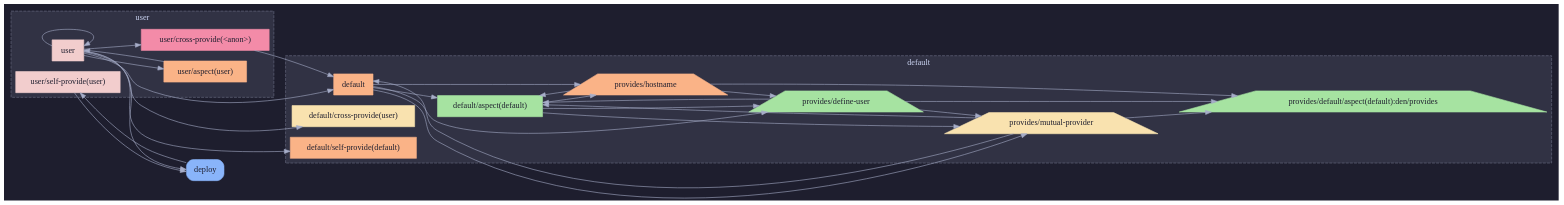
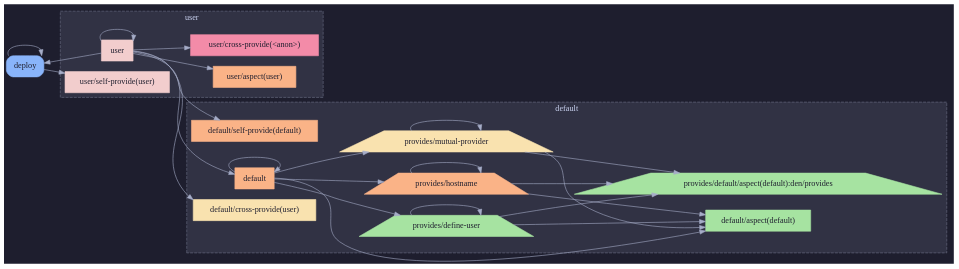
One commit to sini/den changed the second of 3 diagrams in templates/diag-fx-demo/diagrams/mail-relay-deploy-dag.md. Above: the diagram before and after it, drawn with Graphviz. The commit also changed other lines of this file and 849 other files, not shown here.

Commit message:
chore: update fx diagrams

````diff
--- a/templates/diag-fx-demo/diagrams/mail-relay-deploy-dag.md
+++ b/templates/diag-fx-demo/diagrams/mail-relay-deploy-dag.md
@@ -79,65 +75,61 @@
 ```dot
 digraph {
   rankdir=LR;
   bgcolor="#1e1e2e";
   color="#cdd6f4";
   fontcolor="#cdd6f4";
   node [style=filled, fillcolor="#313244", fontcolor="#cdd6f4", color="#a6adc8"];
   edge [color="#a6adc8", fontcolor="#cdd6f4"];
   deploy [label="deploy",shape=box,style="rounded,filled",fillcolor="#89b4fa",color="#89b4fa",fontcolor="#1e1e2e"];
   subgraph cluster_ctx_user {
     label="user";
     style=dashed;
     color="#6c7086";
     fontcolor="#cdd6f4";
     bgcolor="#313244";
   user [label="user",shape=box,style=filled,fillcolor="#f2cdcd",color="#f2cdcd",fontcolor="#1e1e2e"];
   user__aspect_user_ [label="user/aspect(user)",shape=box,style=filled,fillcolor="#fab387",color="#fab387",fontcolor="#1e1e2e"];
   user__cross_provide__anon__ [label="user/cross-provide(<anon>)",shape=box,style=filled,fillcolor="#f38ba8",color="#f38ba8",fontcolor="#1e1e2e"];
   user__self_provide_user_ [label="user/self-provide(user)",shape=box,style=filled,fillcolor="#f2cdcd",color="#f2cdcd",fontcolor="#1e1e2e"];
   }
   subgraph cluster_ctx_default {
     label="default";
     style=dashed;
     color="#6c7086";
     fontcolor="#cdd6f4";
     bgcolor="#313244";
   n_default [label="default",shape=box,style=filled,fillcolor="#fab387",color="#fab387",fontcolor="#1e1e2e"];
   default__aspect_default_ [label="default/aspect(default)",shape=box,style=filled,fillcolor="#a6e3a1",color="#a6e3a1",fontcolor="#1e1e2e"];
   den__provides__default__aspect_default__den__provides [label="provides/default/aspect(default):den/provides",shape=trapezium,style=filled,fillcolor="#a6e3a1",color="#a6e3a1",fontcolor="#1e1e2e"];
   default__cross_provide_user_ [label="default/cross-provide(user)",shape=box,style=filled,fillcolor="#f9e2af",color="#f9e2af",fontcolor="#1e1e2e"];
   default__self_provide_default_ [label="default/self-provide(default)",shape=box,style=filled,fillcolor="#fab387",color="#fab387",fontcolor="#1e1e2e"];
   den__provides__define_user [label="provides/define-user",shape=trapezium,style=filled,fillcolor="#a6e3a1",color="#a6e3a1",fontcolor="#1e1e2e"];
   den__provides__hostname [label="provides/hostname",shape=trapezium,style=filled,fillcolor="#fab387",color="#fab387",fontcolor="#1e1e2e"];
   den__provides__mutual_provider [label="provides/mutual-provider",shape=trapezium,style=filled,fillcolor="#f9e2af",color="#f9e2af",fontcolor="#1e1e2e"];
   }
 
+  n_default -> n_default;
   n_default -> default__aspect_default_;
   n_default -> den__provides__define_user;
   n_default -> den__provides__hostname;
   n_default -> den__provides__mutual_provider;
-  default__aspect_default_ -> den__provides__define_user;
-  default__aspect_default_ -> den__provides__hostname;
-  default__aspect_default_ -> den__provides__mutual_provider;
   den__provides__define_user -> default__aspect_default_;
   den__provides__define_user -> den__provides__default__aspect_default__den__provides;
-  den__provides__define_user -> den__provides__mutual_provider;
+  den__provides__define_user -> den__provides__define_user;
   den__provides__hostname -> default__aspect_default_;
   den__provides__hostname -> den__provides__default__aspect_default__den__provides;
-  den__provides__hostname -> den__provides__define_user;
-  den__provides__mutual_provider -> n_default;
+  den__provides__hostname -> den__provides__hostname;
   den__provides__mutual_provider -> default__aspect_default_;
   den__provides__mutual_provider -> den__provides__default__aspect_default__den__provides;
+  den__provides__mutual_provider -> den__provides__mutual_provider;
+  deploy -> deploy;
   deploy -> user__self_provide_user_;
   user -> n_default;
   user -> default__cross_provide_user_;
   user -> default__self_provide_default_;
   user -> deploy;
   user -> user;
   user -> user__aspect_user_;
   user -> user__cross_provide__anon__;
-  user__aspect_user_ -> user;
-  user__cross_provide__anon__ -> n_default;
-  user__self_provide_user_ -> deploy;
 }
 ```
````
